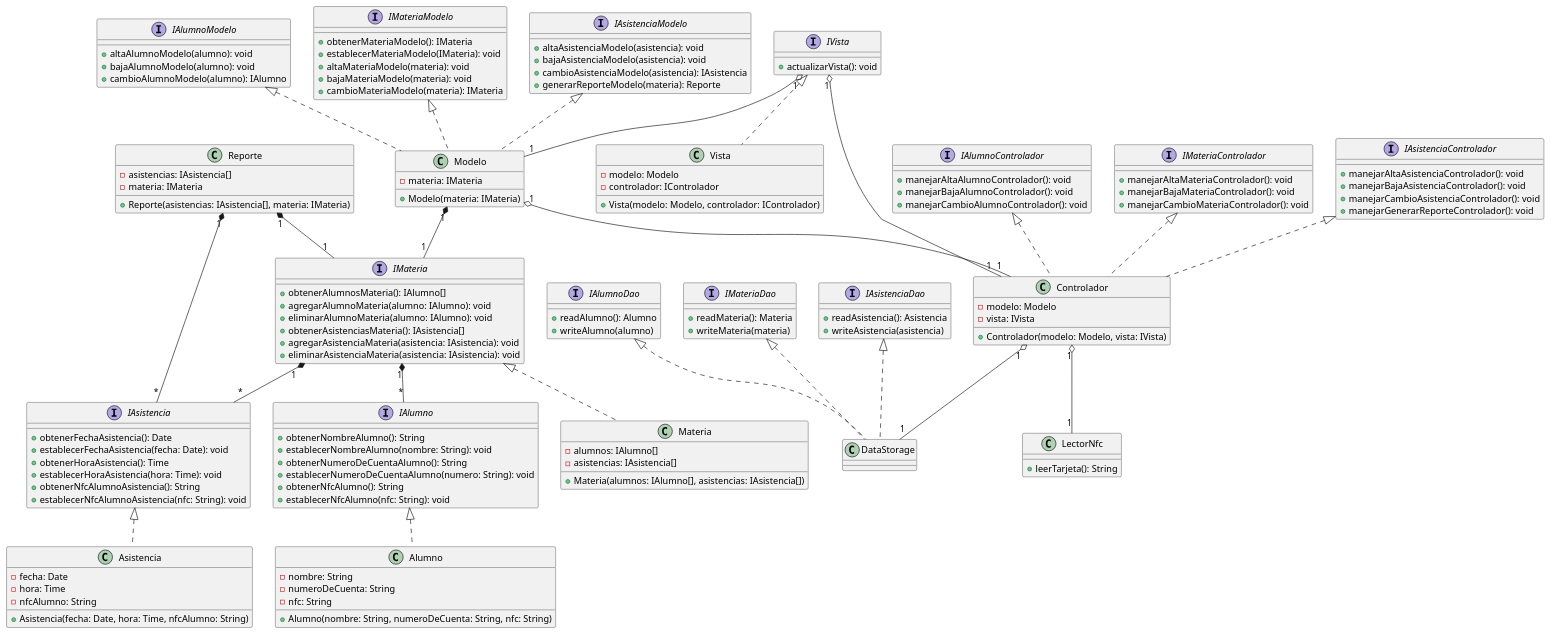
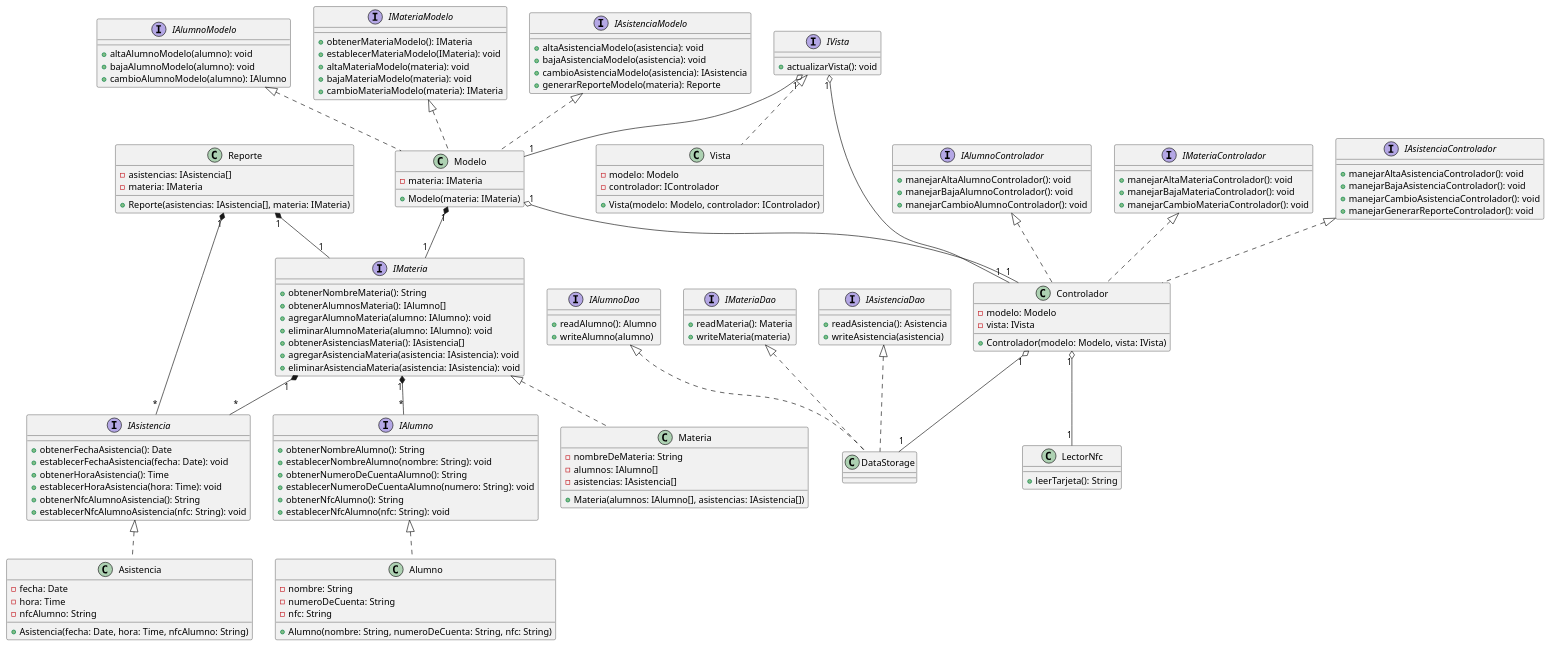
Before and after one commit to AngelGabriel02/Proyecto-Sistemas: the diagram in Diseño/06_design/Diagramas_de_Clases/Diagrama_de_Clases.puml, drawn with PlantUML. The commit also changed 5 other files, not shown here.

```diff
--- a/Diseño/06_design/Diagramas_de_Clases/Diagrama_de_Clases.puml
+++ b/Diseño/06_design/Diagramas_de_Clases/Diagrama_de_Clases.puml
@@ -45,6 +45,7 @@
 
 interface IMateria {
 
+  + obtenerNombreMateria(): String
   + obtenerAlumnosMateria(): IAlumno[]
   + agregarAlumnoMateria(alumno: IAlumno): void
   + eliminarAlumnoMateria(alumno: IAlumno): void
@@ -56,6 +57,7 @@
 
 class Materia {
 
+  - nombreDeMateria: String
   - alumnos: IAlumno[]
   - asistencias: IAsistencia[]
   + Materia(alumnos: IAlumno[], asistencias: IAsistencia[])
```
